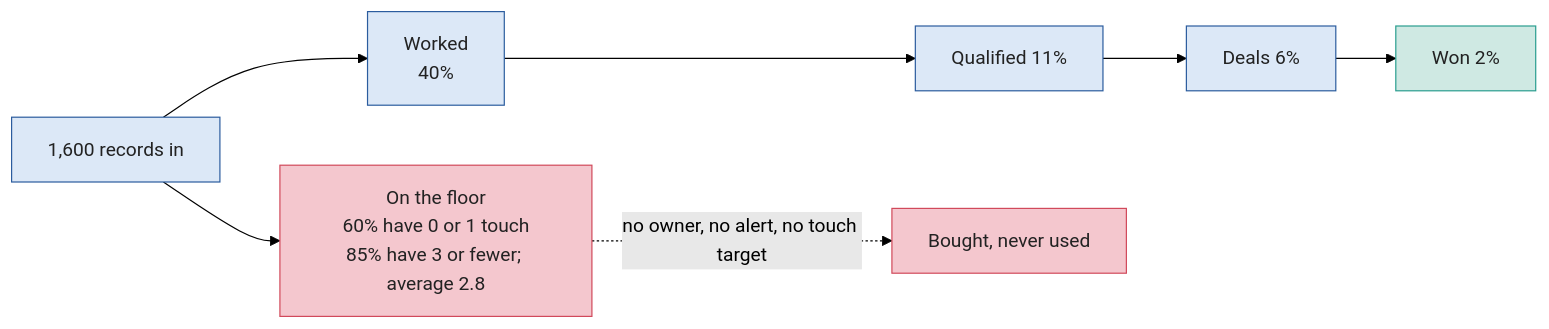
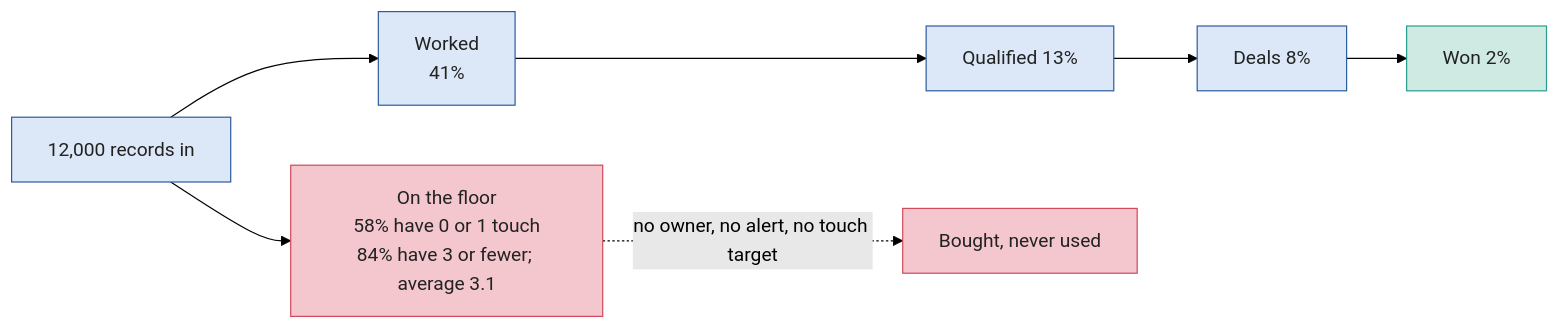
Before and after one commit to rbanola1/RevOps-Portfolio: the first of 2 diagrams in 11-pipeline-health-analysis/diagrams/crm_factory.md, drawn with Mermaid (forest theme). The commit also changed 105 other files, not shown here.

````diff
--- a/11-pipeline-health-analysis/diagrams/crm_factory.md
+++ b/11-pipeline-health-analysis/diagrams/crm_factory.md
@@ -6,13 +6,13 @@
 ```mermaid
 flowchart LR
-    IN["1,600 records in"] --> FL["On the floor<br>60% have 0 or 1 touch<br>85% have 3 or fewer; average 2.8"]
-    IN --> W["Worked<br>40%"]
-    W --> Q["Qualified 11%"] --> D["Deals 6%"] --> X["Won 2%"]
+    IN["12,000 records in"] --> FL["On the floor<br>58% have 0 or 1 touch<br>84% have 3 or fewer; average 3.1"]
+    IN --> W["Worked<br>41%"]
+    W --> Q["Qualified 13%"] --> D["Deals 8%"] --> X["Won 2%"]
     FL -.->|"no owner, no alert, no touch target"| LOST["Bought, never used"]
     classDef a fill:#DCE8F7,stroke:#2B5C9E,color:#222
     classDef g fill:#CFE9E3,stroke:#2A9D8F,color:#222
     classDef r fill:#F4C7CE,stroke:#D1495B,color:#222
     class IN,W,Q,D a
     class X g
     class FL,LOST r
 ```
````
